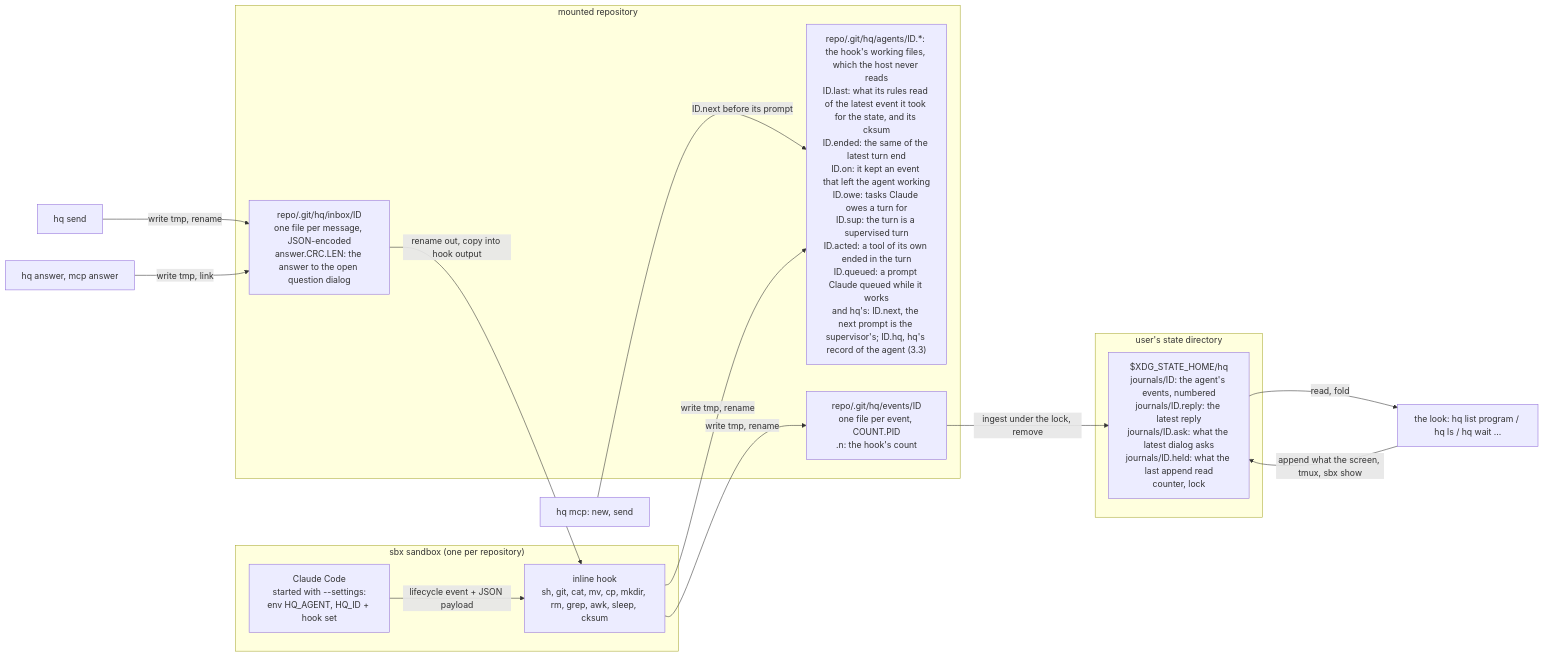
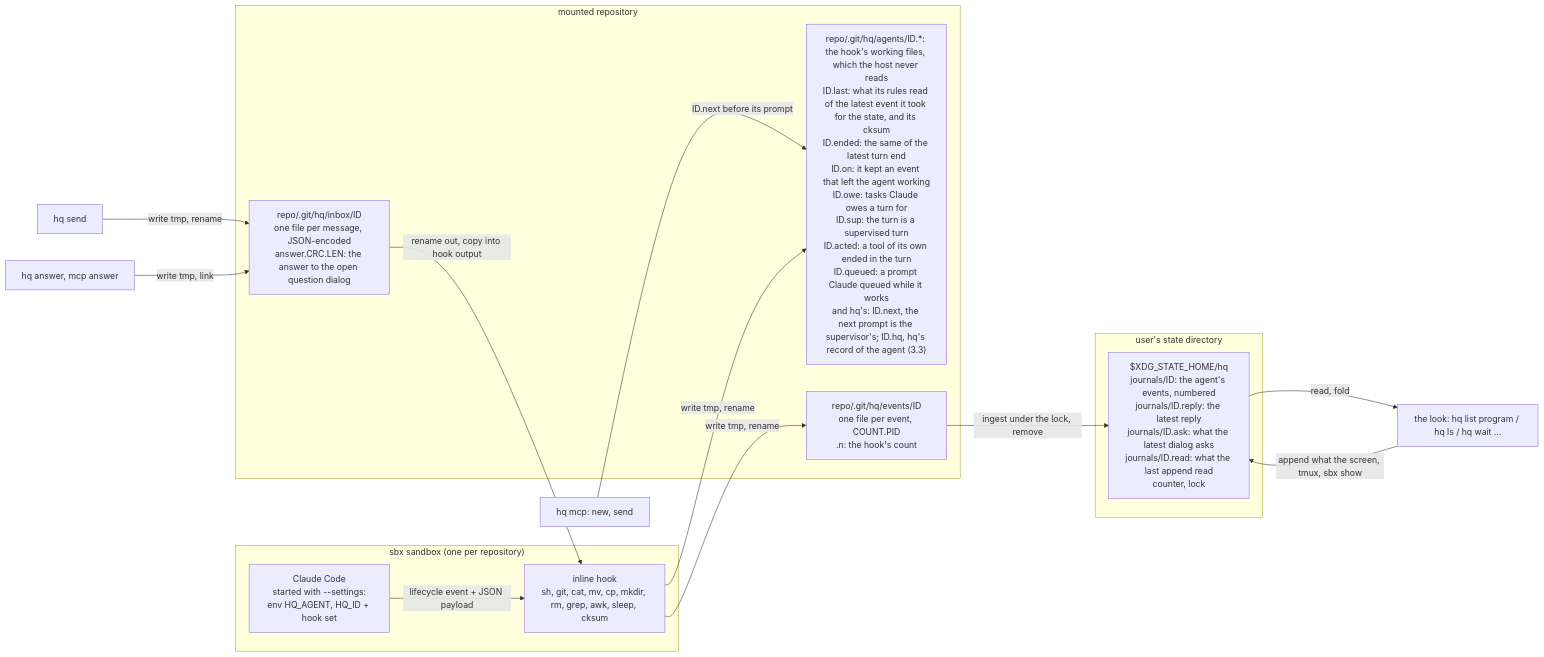
Before and after one commit to rkrysinski/hq: the second of 4 diagrams in docs/design/hq.md, drawn with Mermaid. The commit also changed other lines of this file and 99 other files, not shown here.

````diff
--- a/docs/design/hq.md
+++ b/docs/design/hq.md
@@ -88,25 +88,25 @@
 ```mermaid
 flowchart LR
     subgraph SB["sbx sandbox (one per repository)"]
         C["Claude Code<br/>started with --settings:<br/>env HQ_AGENT, HQ_ID + hook set"]
         K["inline hook<br/>sh, git, cat, mv, cp, mkdir, rm, grep, awk, sleep, cksum"]
         C -- "lifecycle event + JSON payload" --> K
     end
     subgraph RP["mounted repository"]
         F["repo/.git/hq/agents/ID.*: the hook's working files, which the host never reads<br/>ID.last: what its rules read of the latest event it took for the state, and its cksum<br/>ID.ended: the same of the latest turn end<br/>ID.on: it kept an event that left the agent working<br/>ID.owe: tasks Claude owes a turn for<br/>ID.sup: the turn is a supervised turn<br/>ID.acted: a tool of its own ended in the turn<br/>ID.queued: a prompt Claude queued while it works<br/>and hq's: ID.next, the next prompt is the supervisor's; ID.hq, hq's record of the agent (3.3)"]
         I["repo/.git/hq/inbox/ID<br/>one file per message, JSON-encoded<br/>answer.CRC.LEN: the answer to the open question dialog"]
         E["repo/.git/hq/events/ID<br/>one file per event, COUNT.PID<br/>.n: the hook's count"]
     end
     subgraph ST["user's state directory"]
-        J["$XDG_STATE_HOME/hq<br/>journals/ID: the agent's events, numbered<br/>journals/ID.reply: the latest reply<br/>journals/ID.ask: what the latest dialog asks<br/>journals/ID.held: what the last append read<br/>counter, lock"]
+        J["$XDG_STATE_HOME/hq<br/>journals/ID: the agent's events, numbered<br/>journals/ID.reply: the latest reply<br/>journals/ID.ask: what the latest dialog asks<br/>journals/ID.read: what the last append read<br/>counter, lock"]
     end
     K -- "write tmp, rename" --> F
     K -- "write tmp, rename" --> E
     E -- "ingest under the lock, remove" --> J
     J -- "read, fold" --> LP["the look: hq list program / hq ls / hq wait ..."]
     LP -- "append what the screen, tmux, sbx show" --> J
     SEND["hq send"] -- "write tmp, rename" --> I
     I -- "rename out, copy into hook output" --> K
     MCP["hq mcp: new, send"] -- "ID.next before its prompt" --> F
     ANS["hq answer, mcp answer"] -- "write tmp, link" --> I
 ```
````
